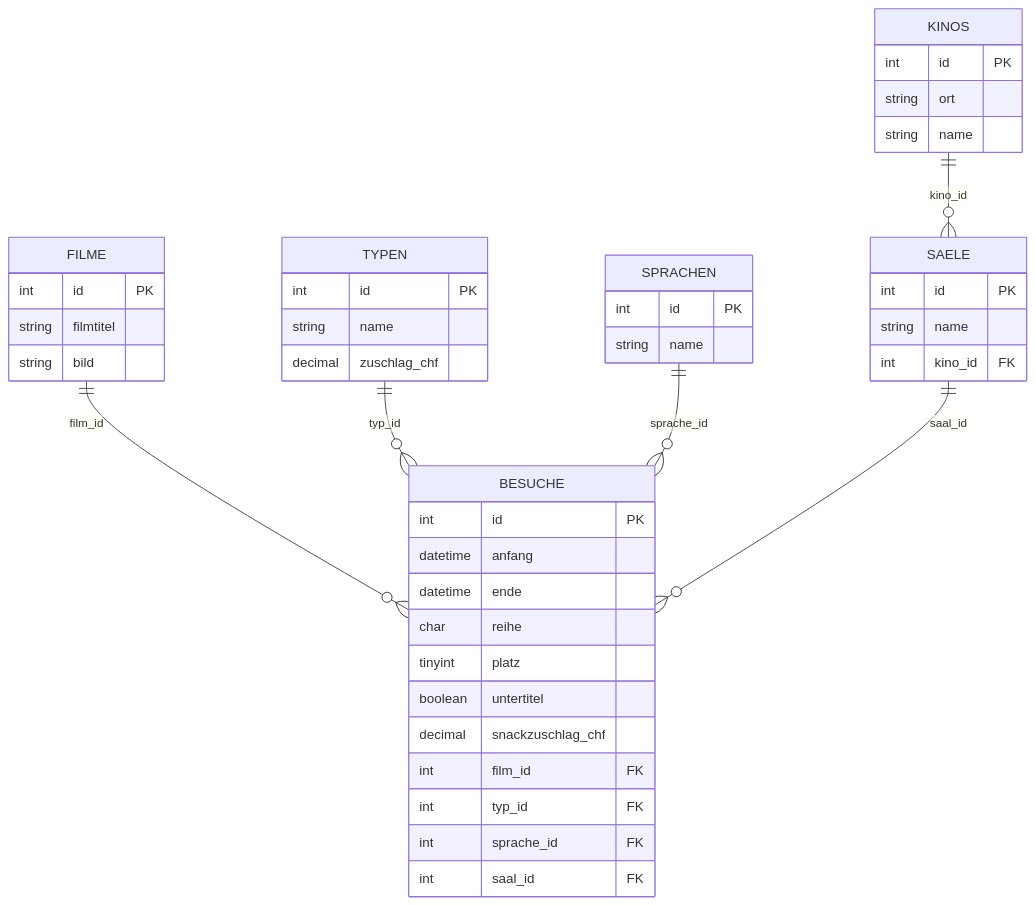
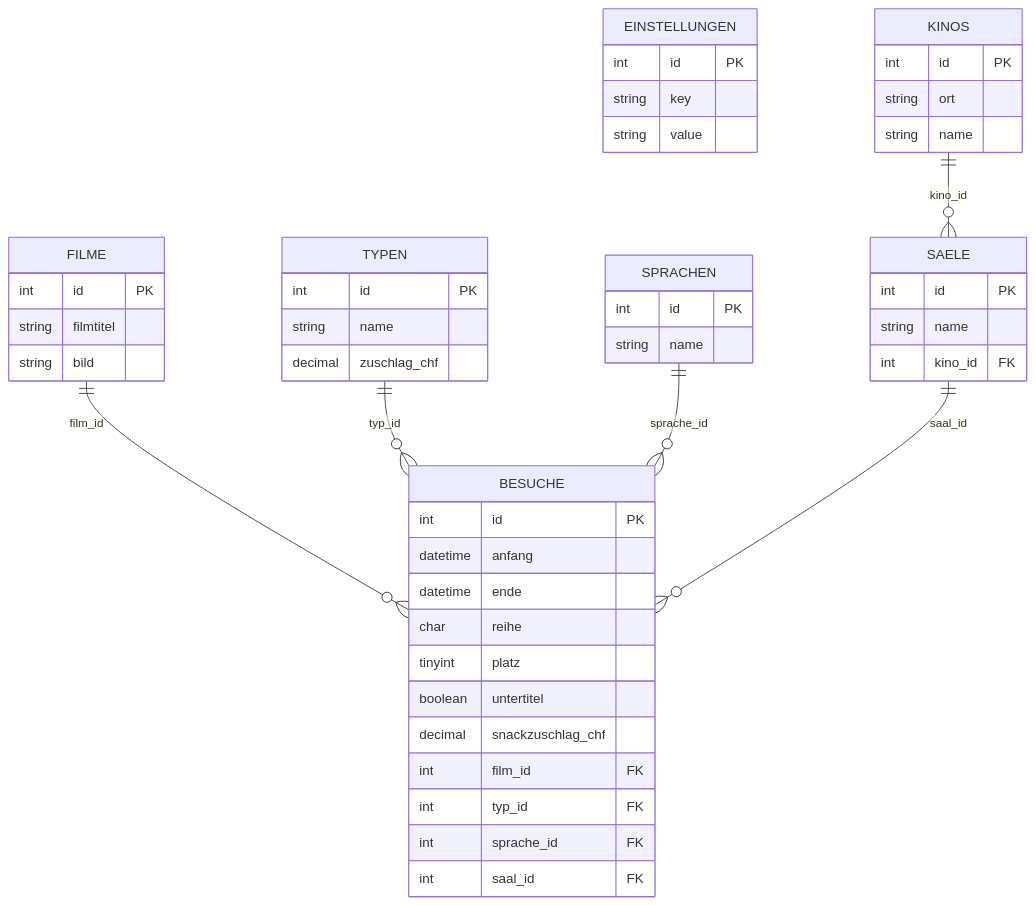
The diagram in doc/Ticket Manager/ERD.md (nils-affentranger/ticket-management), drawn with Mermaid before and after one commit. The commit also changed 41 other files, not shown here.

````diff
--- a/doc/Ticket Manager/ERD.md
+++ b/doc/Ticket Manager/ERD.md
@@ -1,51 +1,57 @@
 ```mermaid
 erDiagram
+	EINSTELLUNGEN {
+		int id PK
+		string key
+		string value
+	}
+	
     BESUCHE {
         int id PK
         datetime anfang
         datetime ende
         char reihe
         tinyint platz
         boolean untertitel
         decimal snackzuschlag_chf
         int film_id FK
         int typ_id FK
         int sprache_id FK
         int saal_id FK
     }
     
     FILME {
         int id PK
         string filmtitel
         string bild
     }
     
     TYPEN {
         int id PK
         string name
         decimal zuschlag_chf
     }
     
     SPRACHEN {
         int id PK
         string name
     }
     
     SAELE {
         int id PK
         string name
         int kino_id FK
     }
     
     KINOS {
         int id PK
         string ort
         string name
     }
     
     FILME ||--o{ BESUCHE : "film_id"
     TYPEN ||--o{ BESUCHE : "typ_id"
     SPRACHEN ||--o{ BESUCHE : "sprache_id"
     SAELE ||--o{ BESUCHE : "saal_id"
     KINOS ||--o{ SAELE : "kino_id"
 ```
````
